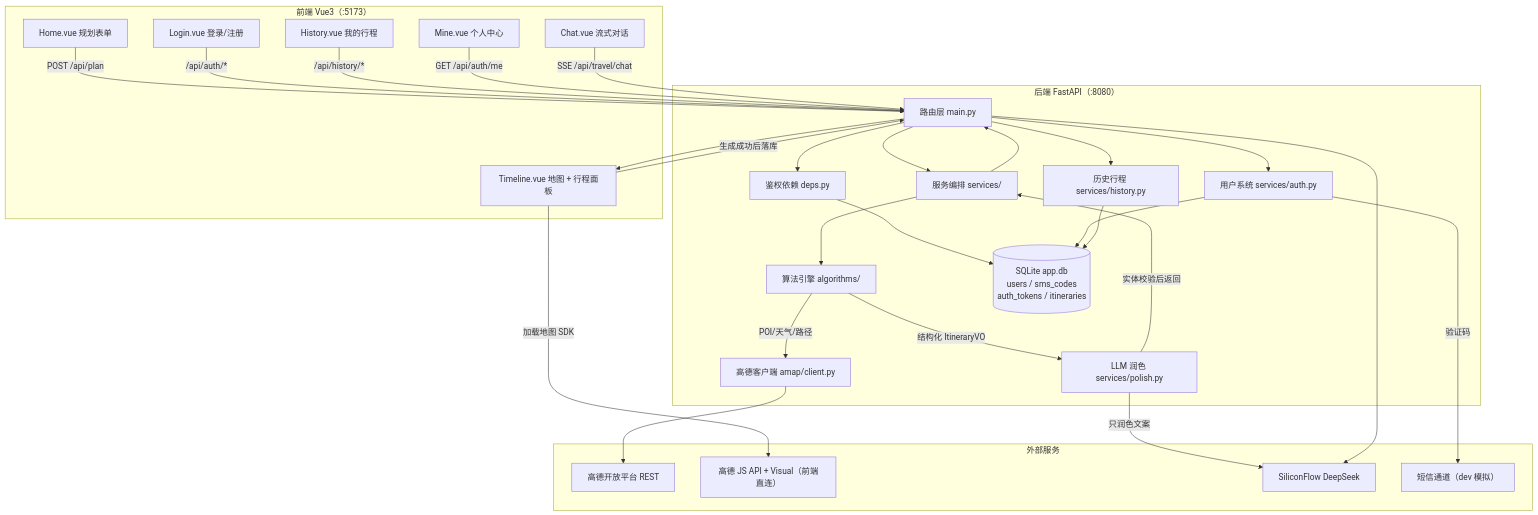
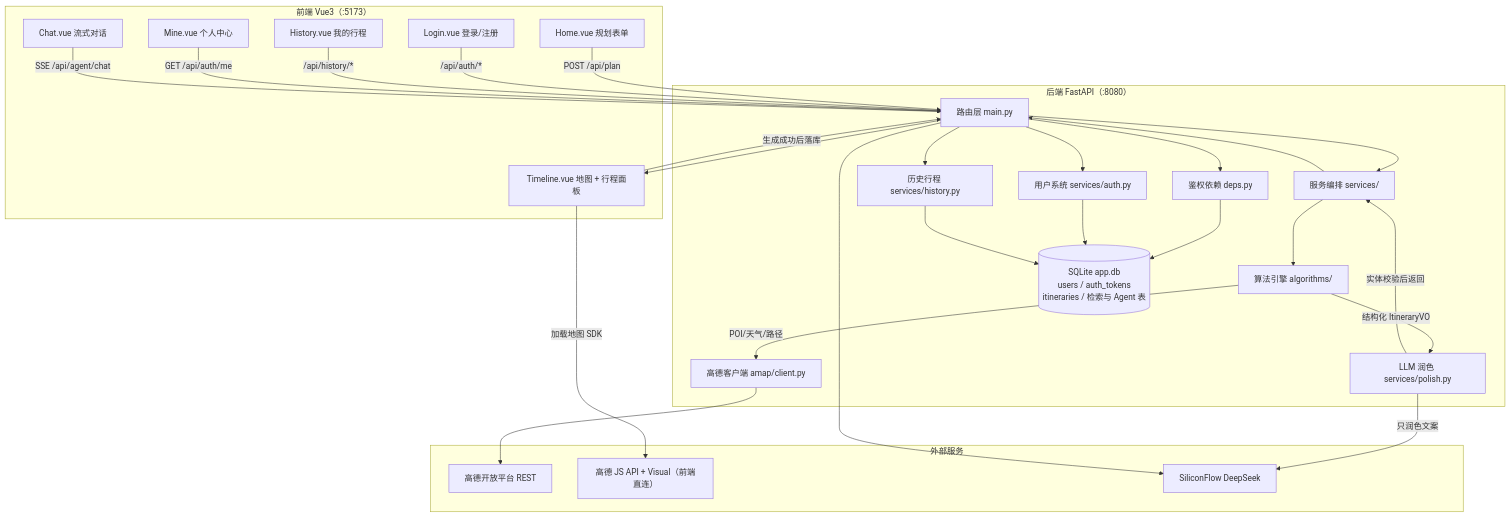
Before and after one commit to yuchao-DEV/ai-travel-assistant: the first of 4 diagrams in README.md, drawn with Mermaid. The commit also changed other lines of this file, not shown here.

````diff
--- a/README.md
+++ b/README.md
@@ -283,47 +289,45 @@
 ```mermaid
 flowchart TB
     subgraph FE["前端 Vue3（:5173）"]
         H["Home.vue 规划表单"]
         T["Timeline.vue 地图 + 行程面板"]
         C["Chat.vue 流式对话"]
         L["Login.vue 登录/注册"]
         HI["History.vue 我的行程"]
         M["Mine.vue 个人中心"]
     end
 
     subgraph BE["后端 FastAPI（:8080）"]
         R["路由层 main.py"]
         DEP["鉴权依赖 deps.py"]
         SVC["服务编排 services/"]
         AUTH["用户系统 services/auth.py"]
         HIST["历史行程 services/history.py"]
         ENG["算法引擎 algorithms/"]
         LLMX["LLM 润色 services/polish.py"]
         AM["高德客户端 amap/client.py"]
-        DB[("SQLite app.db<br/>users / sms_codes<br/>auth_tokens / itineraries")]
+        DB[("SQLite app.db<br/>users / auth_tokens<br/>itineraries / 检索与 Agent 表")]
     end
 
     subgraph EXT["外部服务"]
         AMap["高德开放平台 REST"]
         Visual["高德 JS API + Visual（前端直连）"]
         SF["SiliconFlow DeepSeek"]
-        SMS["短信通道（dev 模拟）"]
     end
 
     H -->|POST /api/plan| R
     L -->|/api/auth/*| R
     HI -->|/api/history/*| R
     M -->|GET /api/auth/me| R
     R --> DEP --> DB
     R --> SVC --> ENG
     R --> AUTH --> DB
     R --> HIST --> DB
-    AUTH -->|验证码| SMS
     ENG -->|POI/天气/路径| AM --> AMap
     ENG -->|结构化 ItineraryVO| LLMX
     LLMX -->|只润色文案| SF
     LLMX -->|实体校验后返回| SVC --> R --> T
     T -->|生成成功后落库| R
     T -->|加载地图 SDK| Visual
-    C -->|SSE /api/travel/chat| R --> SF
+    C -->|SSE /api/agent/chat| R --> SF
 ```
````
